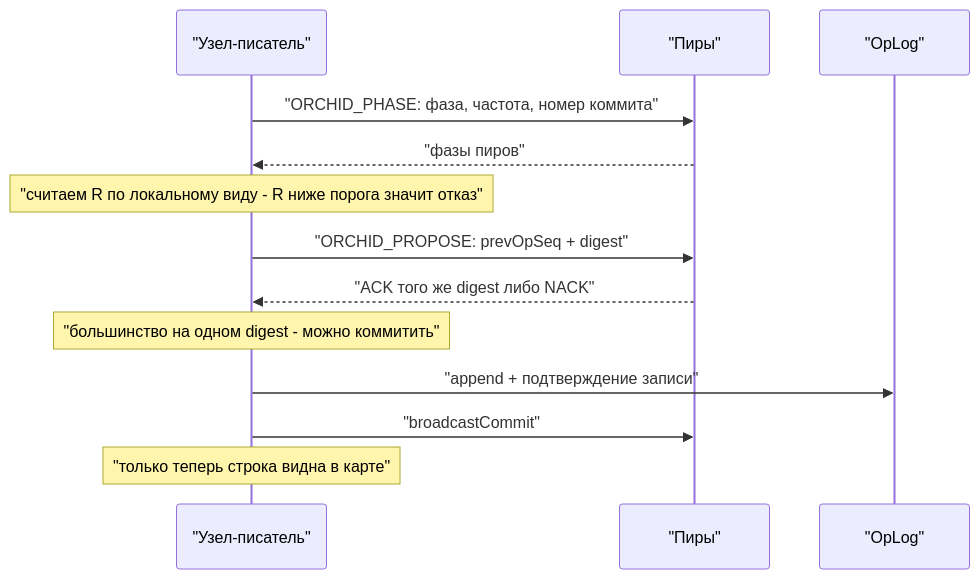
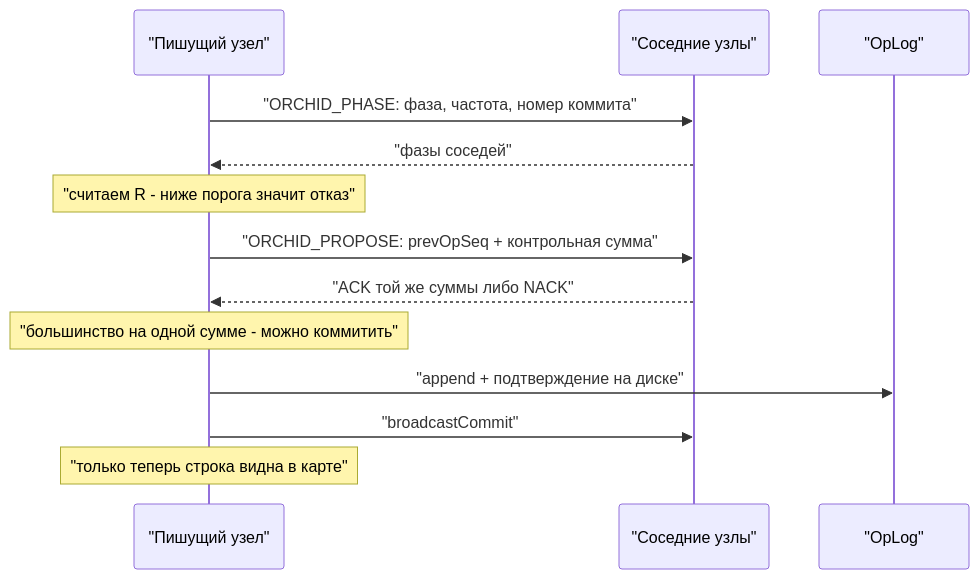
One commit to GenCloud/grid-sql changed the diagram in docs/ru/understand/orchid-consensus.md. Above: the diagram before and after it, drawn with Mermaid. The commit also changed other lines of this file and 66 other files, not shown here.

````diff
--- a/docs/ru/understand/orchid-consensus.md
+++ b/docs/ru/understand/orchid-consensus.md
@@ -33,15 +35,15 @@
 ```mermaid
 sequenceDiagram
-  participant W as "Узел-писатель"
-  participant P as "Пиры"
+  participant W as "Пишущий узел"
+  participant P as "Соседние узлы"
   participant L as "OpLog"
   W->>P: "ORCHID_PHASE: фаза, частота, номер коммита"
-  P-->>W: "фазы пиров"
-  Note over W: "считаем R по локальному виду - R ниже порога значит отказ"
-  W->>P: "ORCHID_PROPOSE: prevOpSeq + digest"
-  P-->>W: "ACK того же digest либо NACK"
-  Note over W: "большинство на одном digest - можно коммитить"
-  W->>L: "append + подтверждение записи"
+  P-->>W: "фазы соседей"
+  Note over W: "считаем R - ниже порога значит отказ"
+  W->>P: "ORCHID_PROPOSE: prevOpSeq + контрольная сумма"
+  P-->>W: "ACK той же суммы либо NACK"
+  Note over W: "большинство на одной сумме - можно коммитить"
+  W->>L: "append + подтверждение на диске"
   W->>P: "broadcastCommit"
   Note over W: "только теперь строка видна в карте"
 ```
````
